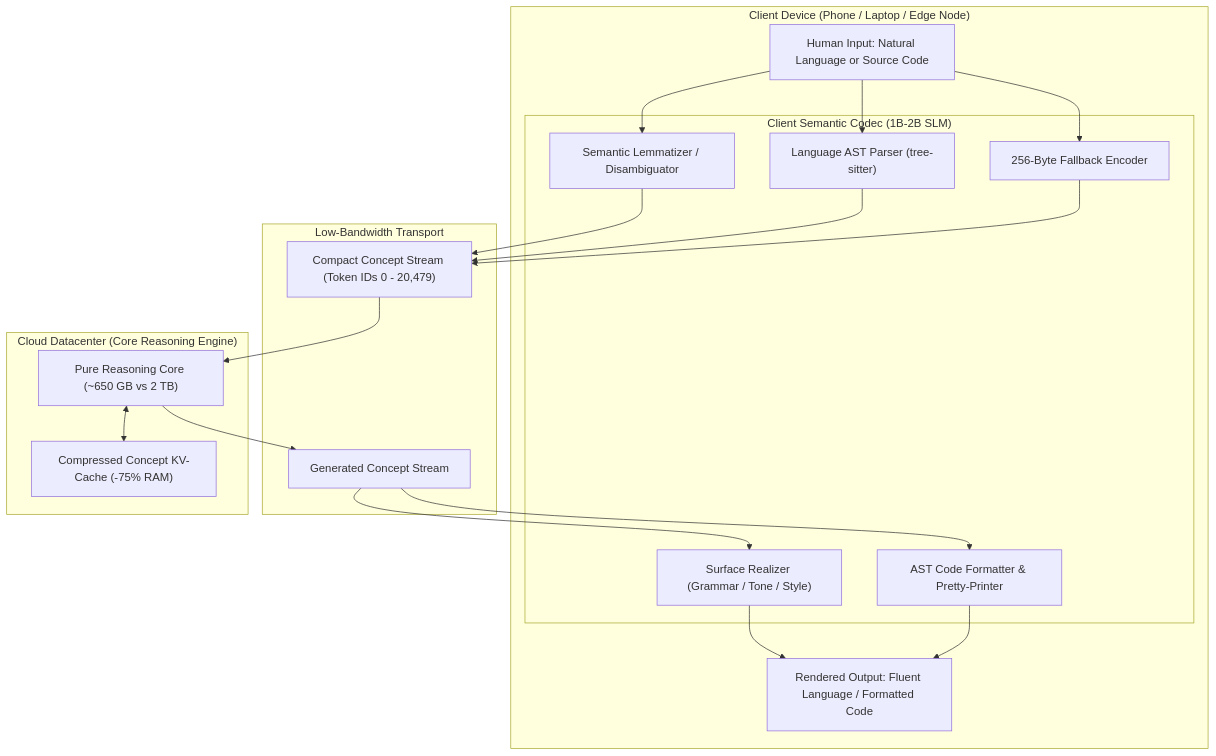
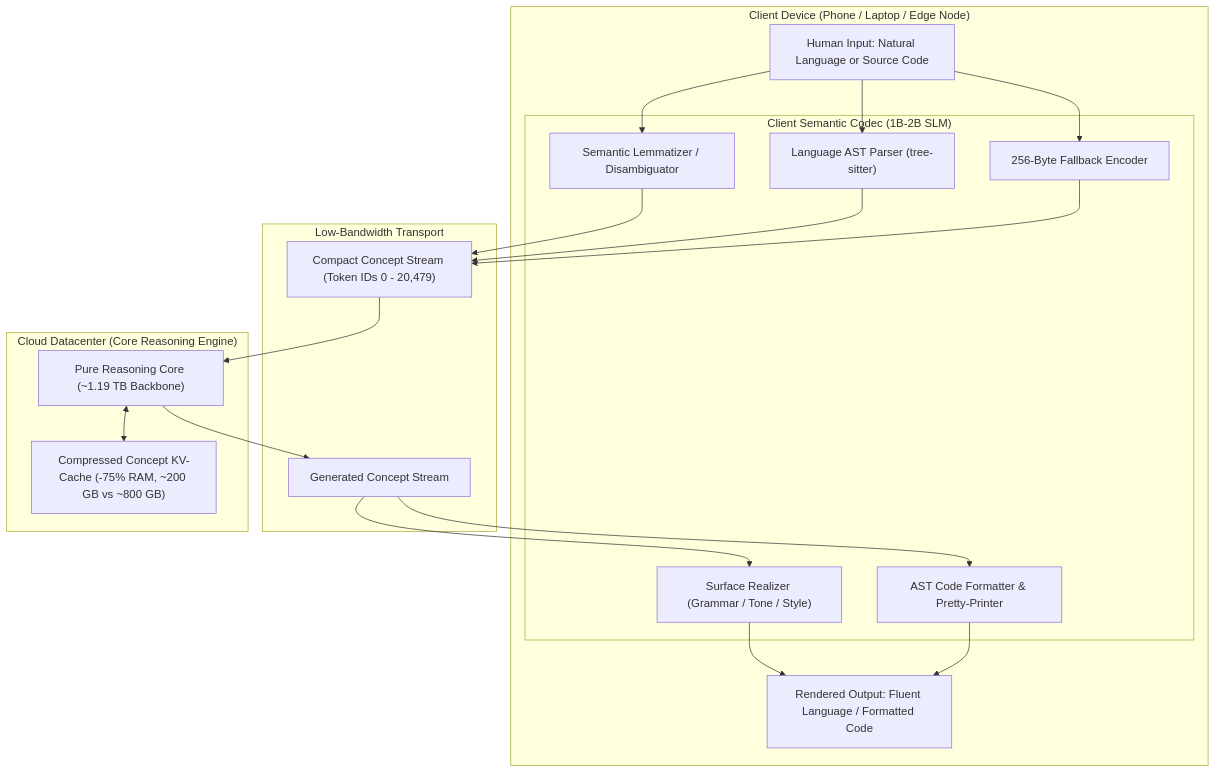
One commit to bokic/ConceptLLM changed the first of 2 diagrams in README.md. Above: the diagram before and after it, drawn with Mermaid. The commit also changed other lines of this file, not shown here.

````diff
--- a/README.md
+++ b/README.md
@@ -23,34 +23,34 @@
 ```mermaid
 flowchart TD
     subgraph Client ["Client Device (Phone / Laptop / Edge Node)"]
         UserIn["Human Input: Natural Language or Source Code"]
 
         subgraph ClientCodec ["Client Semantic Codec (1B-2B SLM)"]
             NLParser["Semantic Lemmatizer / Disambiguator"]
             ASTParser["Language AST Parser (tree-sitter)"]
             ByteEncoder["256-Byte Fallback Encoder"]
             NLDecoder["Surface Realizer (Grammar / Tone / Style)"]
             ASTPrinter["AST Code Formatter & Pretty-Printer"]
         end
 
         FinalOut["Rendered Output: Fluent Language / Formatted Code"]
     end
 
     subgraph Network ["Low-Bandwidth Transport"]
         UpstreamTokens["Compact Concept Stream (Token IDs 0 - 20,479)"]
         DownstreamTokens["Generated Concept Stream"]
     end
 
     subgraph Server ["Cloud Datacenter (Core Reasoning Engine)"]
-        ServerModel["Pure Reasoning Core (~650 GB vs 2 TB)"]
-        KVCache["Compressed Concept KV-Cache (-75% RAM)"]
+        ServerModel["Pure Reasoning Core (~1.19 TB Backbone)"]
+        KVCache["Compressed Concept KV-Cache (-75% RAM, ~200 GB vs ~800 GB)"]
     end
 
     UserIn --> NLParser & ASTParser & ByteEncoder
     NLParser & ASTParser & ByteEncoder --> UpstreamTokens
     UpstreamTokens --> ServerModel
     ServerModel <--> KVCache
     ServerModel --> DownstreamTokens
     DownstreamTokens --> NLDecoder & ASTPrinter
     NLDecoder & ASTPrinter --> FinalOut
 ```
````
